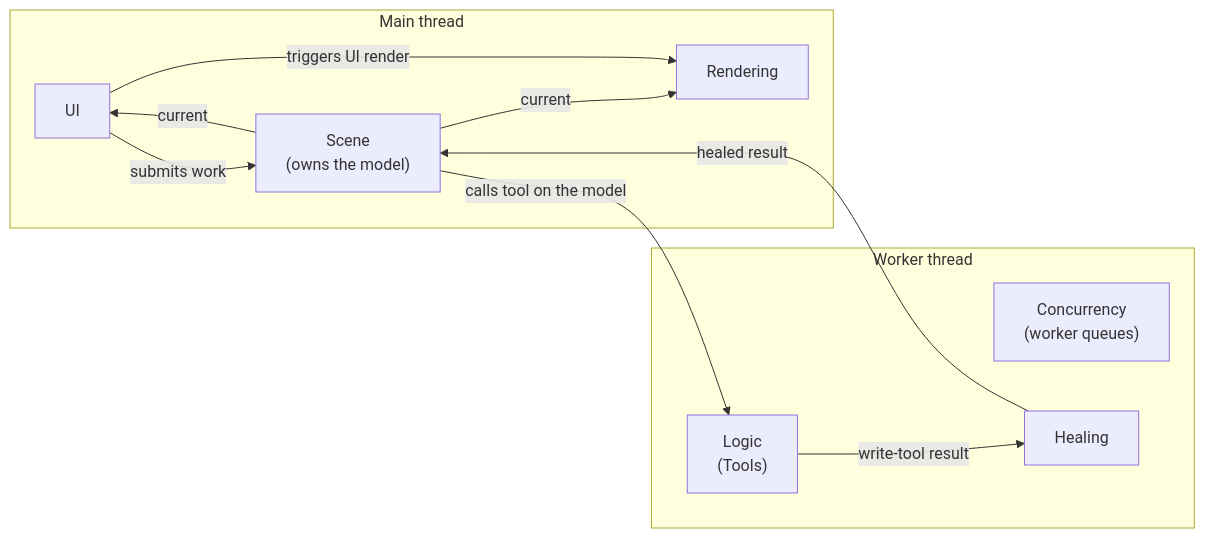
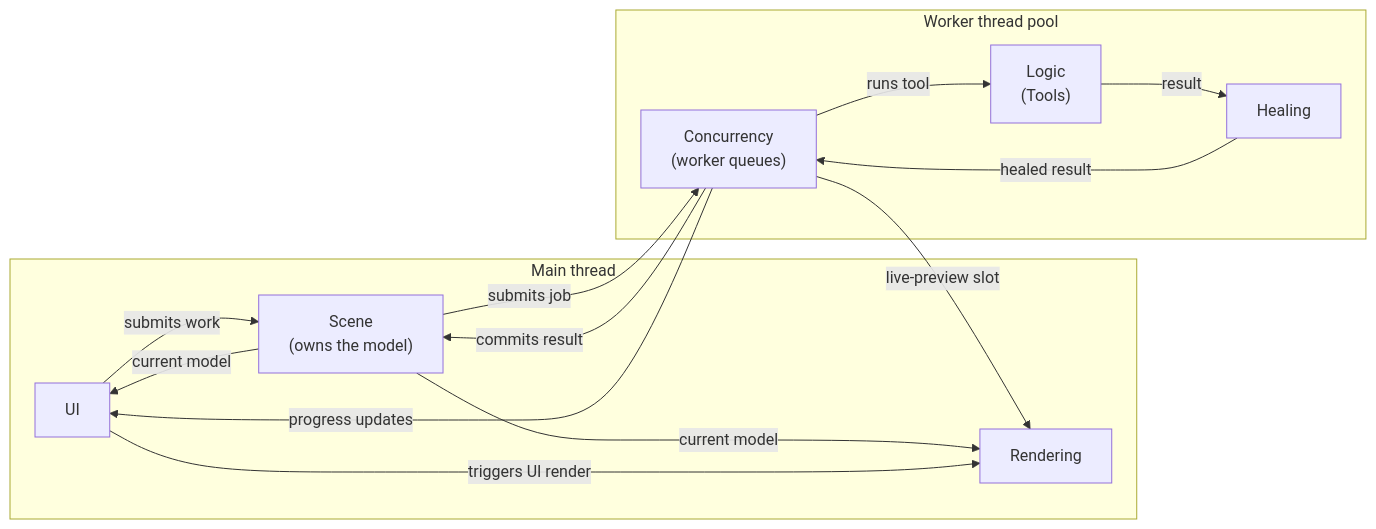
One commit to NikolaiIFedorov/3d-print-analyser changed the first of 6 diagrams in docs/architecture.md. Above: the diagram before and after it, drawn with Mermaid. The commit also changed other lines of this file and 2 other files, not shown here.

Commit message:
Concurrency clarification

````diff
--- a/docs/architecture.md
+++ b/docs/architecture.md
@@ -54,21 +54,25 @@
 ```mermaid
 flowchart LR
     subgraph Main["Main thread"]
     UI["UI"]
     Scene["Scene<br/>(owns the model)"]
     Rendering["Rendering"]
     end
-    subgraph Worker["Worker thread"]
+    subgraph Worker["Worker thread pool"]
+    Concurrency["Concurrency<br/>(worker queues)"]
     Logic["Logic<br/>(Tools)"]
-    Concurrency["Concurrency<br/>(worker queues)"]
     Healing["Healing"]
     end
 
     UI -- "submits work" --> Scene
-    Scene -- "calls tool on the model" --> Logic
-    Logic -- "write-tool result" --> Healing
-    Healing -- "healed result" --> Scene
-    Scene -- "current" --> Rendering
-    Scene -- "current" --> UI
+    Scene -- "submits job" --> Concurrency
+    Concurrency -- "runs tool" --> Logic
+    Logic -- "result" --> Healing
+    Healing -- "healed result" --> Concurrency
+    Concurrency -- "commits result" --> Scene
+    Concurrency -- "progress updates" --> UI
+    Concurrency -- "live-preview slot" --> Rendering
+    Scene -- "current model" --> Rendering
+    Scene -- "current model" --> UI
     UI -- "triggers UI render" --> Rendering
 ```
````
